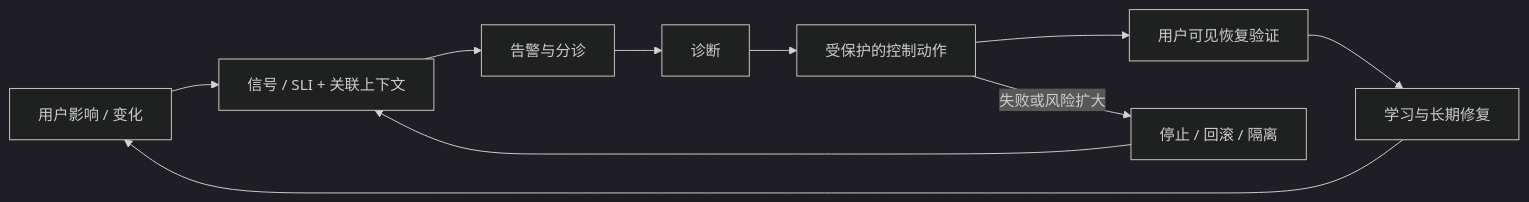
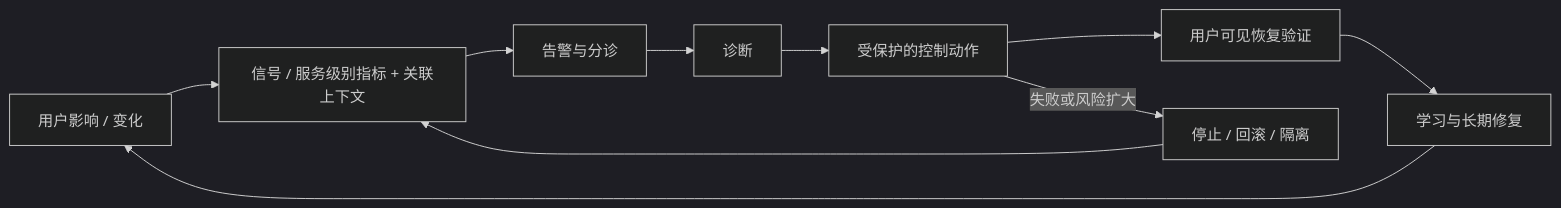
The diagram in content/quality-attributes/qa-08-operability-observability.mdx (sealday/tego-arch), drawn with Mermaid (dark theme) before and after one commit. The commit also changed other lines of this file and 20 other files, not shown here.

````diff
--- a/content/quality-attributes/qa-08-operability-observability.mdx
+++ b/content/quality-attributes/qa-08-operability-observability.mdx
@@ -122,12 +122,12 @@
 ```mermaid
 flowchart LR
-  I[用户影响 / 变化] --> S[信号 / SLI + 关联上下文]
+  I[用户影响 / 变化] --> S[信号 / 服务级别指标 + 关联上下文]
   S --> A[告警与分诊]
   A --> D[诊断]
   D --> C[受保护的控制动作]
   C --> V[用户可见恢复验证]
   V --> L[学习与长期修复]
   C -- 失败或风险扩大 --> R[停止 / 回滚 / 隔离]
   R --> S
   L --> I
 ```
````
